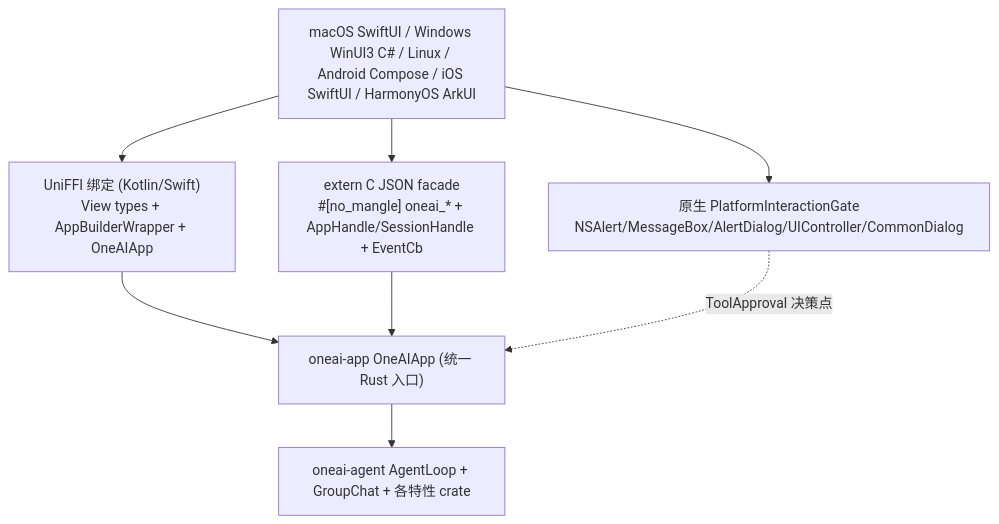
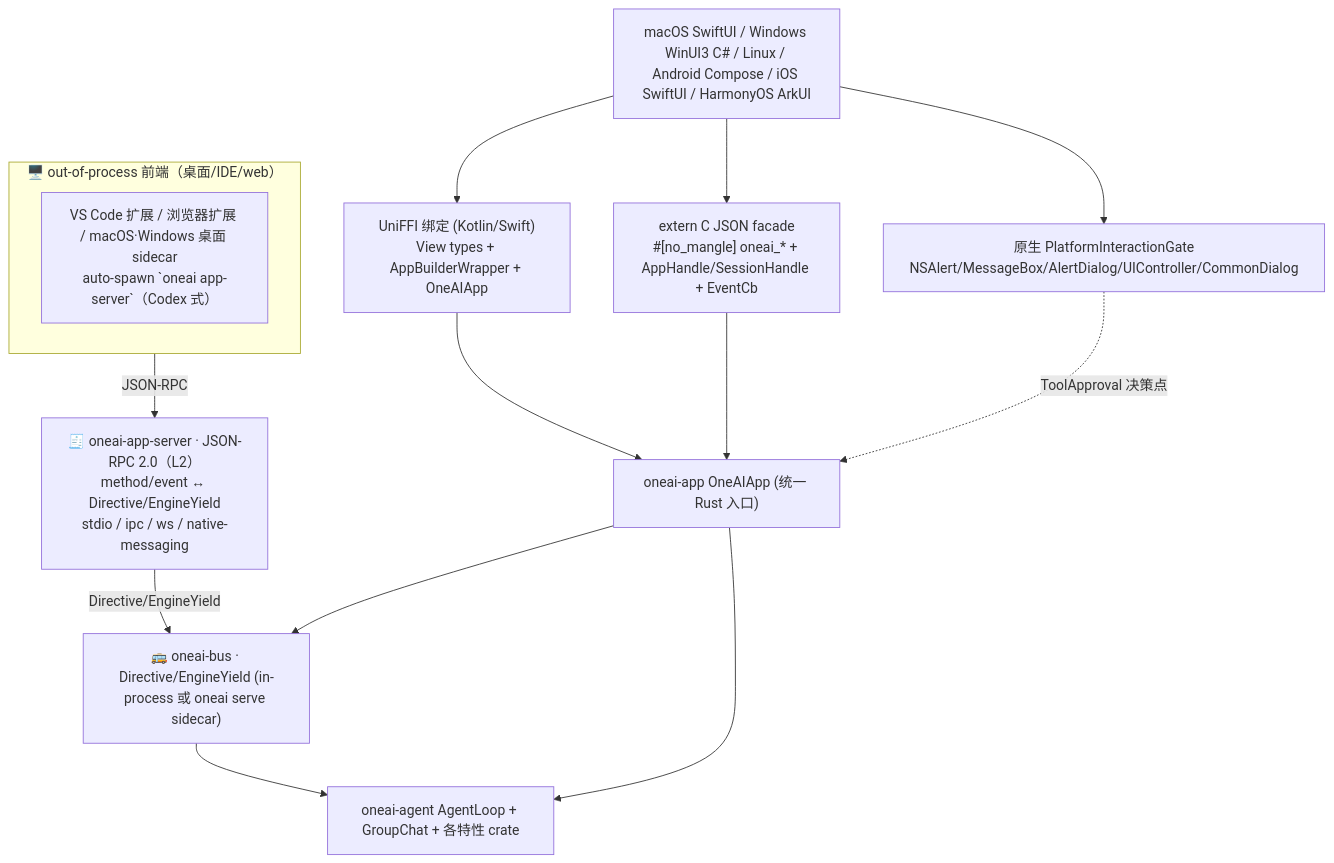
The diagram in docs/cross-platform-mechanism.md (Marssssss/OneAI), drawn with Mermaid before and after one commit. The commit also changed other lines of this file and 7 other files, not shown here.

````diff
--- a/docs/cross-platform-mechanism.md
+++ b/docs/cross-platform-mechanism.md
@@ -41,17 +50,28 @@
 ```mermaid
 flowchart TB
+    subgraph FE2 ["🖥️ out-of-process 前端（桌面/IDE/web）"]
+        direction LR
+        Sidecar["VS Code 扩展 / 浏览器扩展 / macOS·Windows 桌面 sidecar<br/>auto-spawn `oneai app-server`（Codex 式）"]
+    end
+    AppServer["🧾 oneai-app-server · JSON-RPC 2.0（L2）<br/>method/event ↔ Directive/EngineYield<br/>stdio / ipc / ws / native-messaging"]
+
     Native["macOS SwiftUI / Windows WinUI3 C# / Linux / Android Compose / iOS SwiftUI / HarmonyOS ArkUI"]
     Uni["UniFFI 绑定 (Kotlin/Swift)<br/>View types + AppBuilderWrapper + OneAIApp"]
     CFacade["extern C JSON facade<br/>#[no_mangle] oneai_* + AppHandle/SessionHandle + EventCb"]
+    Bus["🚌 oneai-bus · Directive/EngineYield (in-process 或 oneai serve sidecar)"]
     App["oneai-app OneAIApp (统一 Rust 入口)"]
     Engine["oneai-agent AgentLoop + GroupChat + 各特性 crate"]
     Gates["原生 PlatformInteractionGate<br/>NSAlert/MessageBox/AlertDialog/UIController/CommonDialog"]
 
     Native --> Uni
     Native --> CFacade
     Uni --> App
     CFacade --> App
+    App --> Bus
+    Sidecar -->|JSON-RPC| AppServer
+    AppServer -->|Directive/EngineYield| Bus
+    Bus --> Engine
     App --> Engine
     Native --> Gates
     Gates -. ToolApproval 决策点 .-> App
 ```
````
